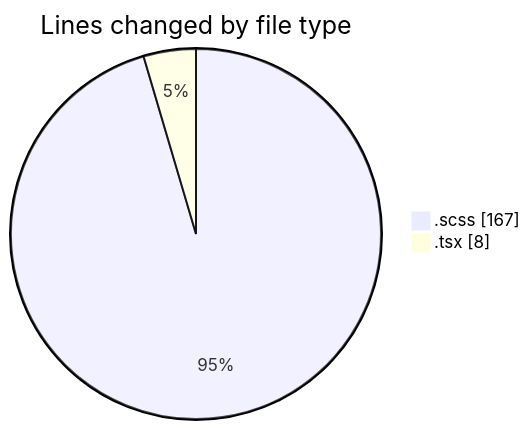
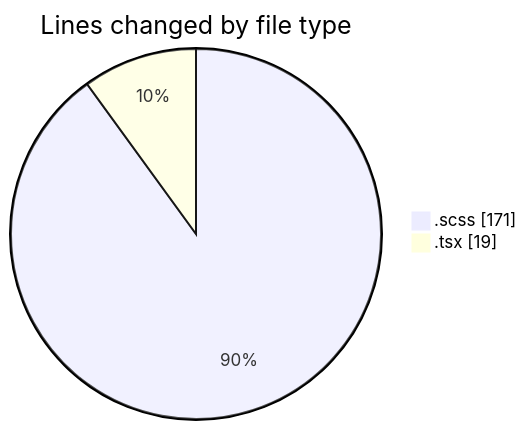
The first of 2 diagrams in 2026-08-10/cda/README.md (momahboobian/code-tracking), drawn with Mermaid before and after one commit. The commit also changed other lines of this file and 1 other file, not shown here.

````diff
--- a/2026-08-10/cda/README.md
+++ b/2026-08-10/cda/README.md
@@ -23,6 +23,6 @@
 ```mermaid
 pie showData
 title Lines changed by file type
-".scss" : 167
-".tsx" : 8
+".scss" : 171
+".tsx" : 19
 ```
````
